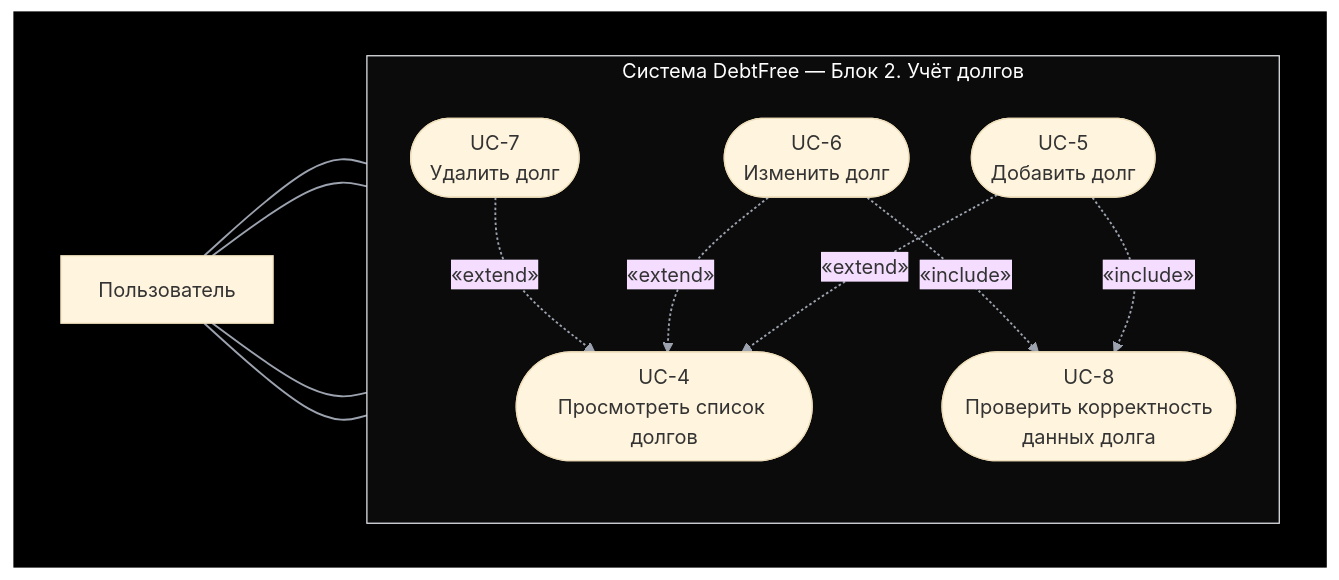
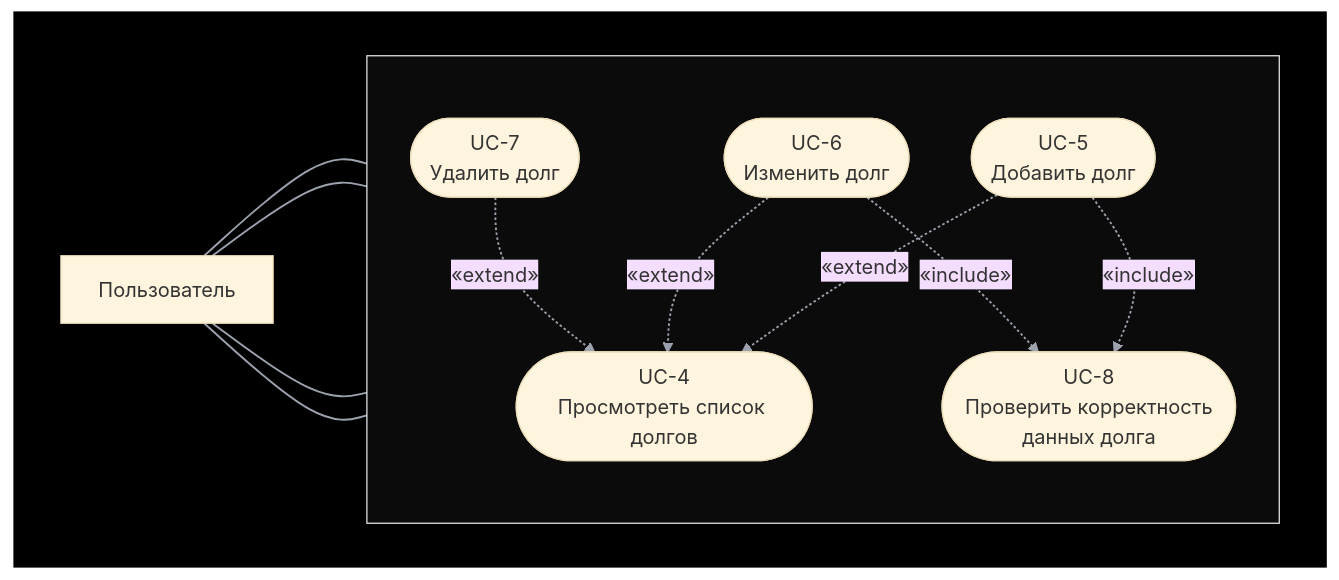
Before and after one commit to NE4EL/DebtFree: the second of 6 diagrams in README.md, drawn with Mermaid (base theme). The commit also changed other lines of this file, not shown here.

````diff
--- a/README.md
+++ b/README.md
@@ -65,31 +65,31 @@
 ```mermaid
 flowchart LR
     subgraph BG[" "]
         direction LR
         U["Пользователь"]
 
-        subgraph SYS["Система DebtFree — Блок 2. Учёт долгов"]
+        subgraph SYS[" "]
             direction TB
             UC4(["UC-4<br/>Просмотреть список долгов"])
             UC5(["UC-5<br/>Добавить долг"])
             UC6(["UC-6<br/>Изменить долг"])
             UC7(["UC-7<br/>Удалить долг"])
             UC8(["UC-8<br/>Проверить корректность<br/>данных долга"])
         end
 
         U --- UC4
         U --- UC5
         U --- UC6
         U --- UC7
 
         UC5 -. "«extend»" .-> UC4
         UC6 -. "«extend»" .-> UC4
         UC7 -. "«extend»" .-> UC4
         UC5 -. "«include»" .-> UC8
         UC6 -. "«include»" .-> UC8
     end
 
     style BG fill:#000000,stroke:#000000
     style SYS fill:#0b0b0b,stroke:#e5e7eb,color:#ffffff
     linkStyle default stroke:#9ca3af,stroke-width:1.5px
 ```
````
